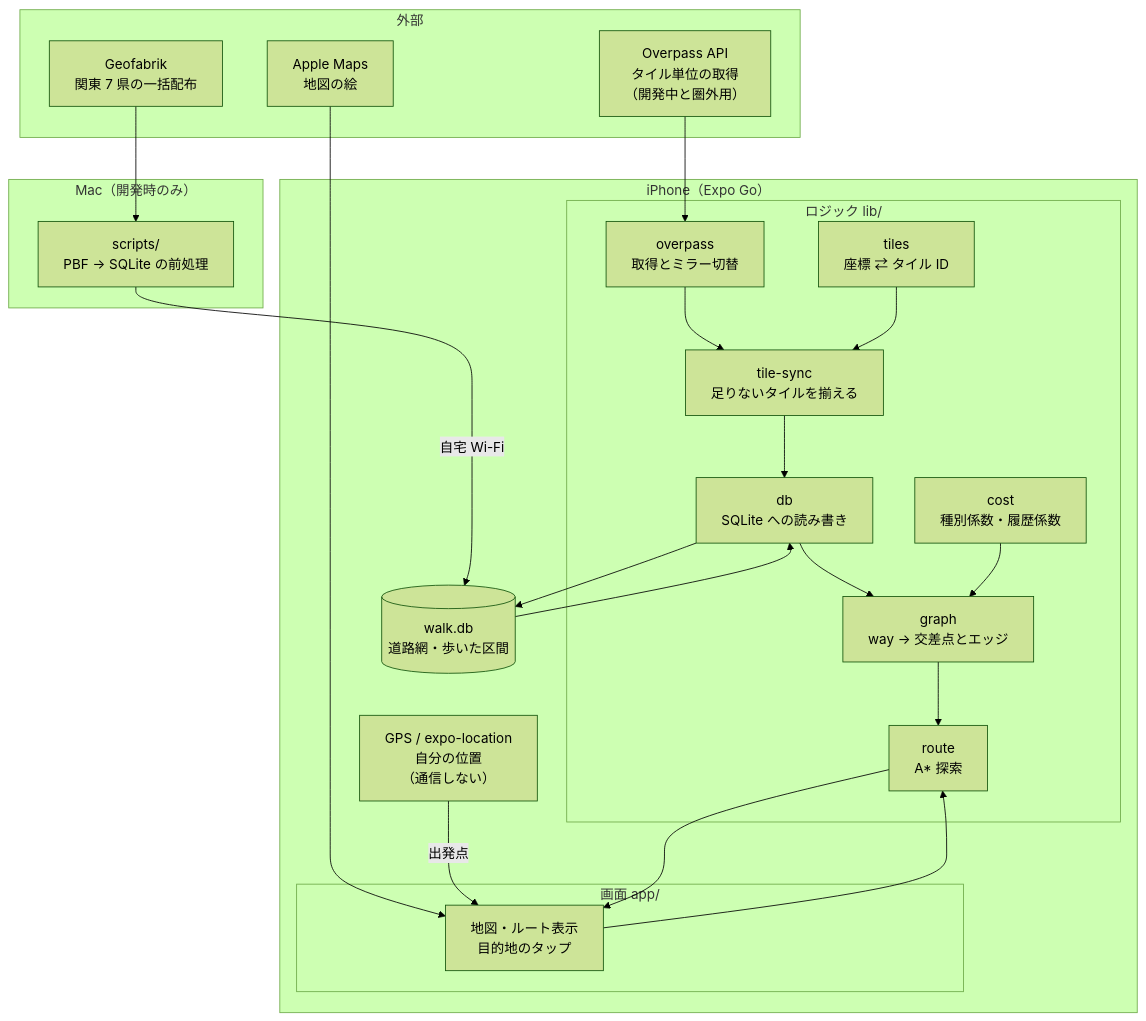
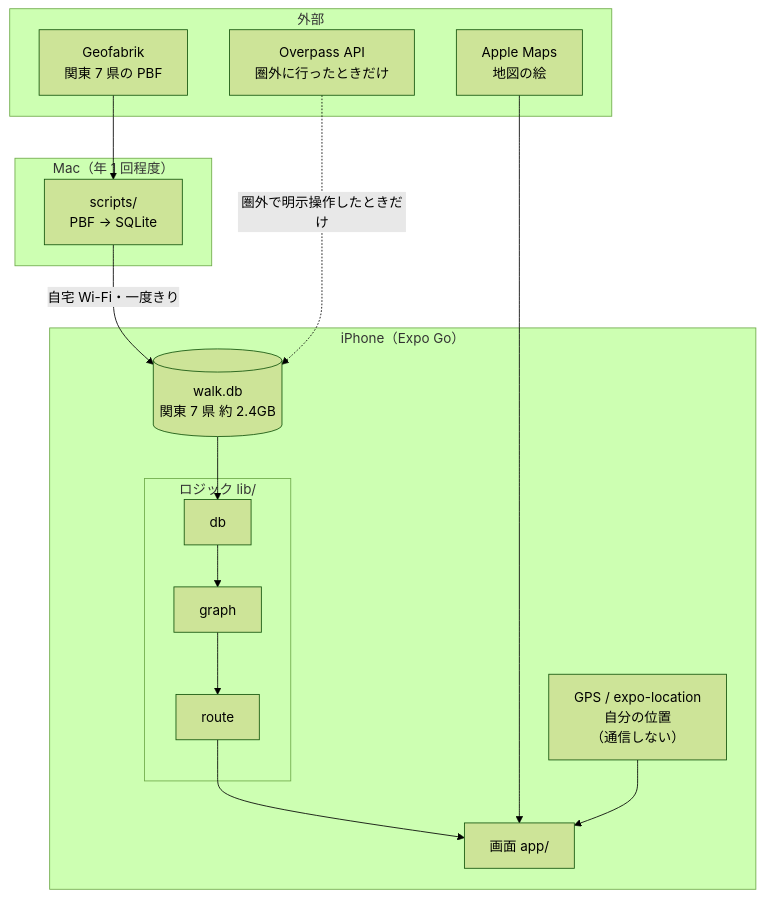
Before and after one commit to youngsend/walk-app: the second of 3 diagrams in docs/design.md, drawn with Mermaid (forest theme). The commit also changed other lines of this file, not shown here.

First line of the commit message:
構成図を開発中と実用中に分ける

````diff
--- a/docs/design.md
+++ b/docs/design.md
@@ -30,42 +62,30 @@
 ```mermaid
 flowchart TB
     subgraph outside["外部"]
-        OV["Overpass API<br/>タイル単位の取得<br/>（開発中と圏外用）"]
-        GF["Geofabrik<br/>関東 7 県の一括配布"]
+        GF["Geofabrik<br/>関東 7 県の PBF"]
         AM["Apple Maps<br/>地図の絵"]
+        OV["Overpass API<br/>圏外に行ったときだけ"]
     end
 
-    subgraph mac["Mac（開発時のみ）"]
-        PRE["scripts/<br/>PBF → SQLite の前処理"]
+    subgraph mac["Mac（年 1 回程度）"]
+        PRE["scripts/<br/>PBF → SQLite"]
     end
 
     subgraph app["iPhone（Expo Go）"]
         GPS["GPS / expo-location<br/>自分の位置<br/>（通信しない）"]
-        subgraph ui["画面 app/"]
-            SCR["地図・ルート表示<br/>目的地のタップ"]
+        SCR["画面 app/"]
+        subgraph logic["ロジック lib/"]
+            DB["db"]
+            GR["graph"]
+            RT["route"]
         end
-        subgraph logic["ロジック lib/"]
-            TS["tiles<br/>座標 ⇄ タイル ID"]
-            OP["overpass<br/>取得とミラー切替"]
-            SY["tile-sync<br/>足りないタイルを揃える"]
-            GR["graph<br/>way → 交差点とエッジ"]
-            CO["cost<br/>種別係数・履歴係数"]
-            RT["route<br/>A* 探索"]
-            DB["db<br/>SQLite への読み書き"]
-        end
-        SQL[("walk.db<br/>道路網・歩いた区間")]
+        SQL[("walk.db<br/>関東 7 県 約 2.4GB")]
     end
 
-    OV --> OP
     GF --> PRE
-    PRE -->|自宅 Wi-Fi| SQL
+    PRE -->|自宅 Wi-Fi・一度きり| SQL
+    OV -.->|圏外で明示操作したときだけ| SQL
+    SQL --> DB --> GR --> RT --> SCR
     AM --> SCR
-    GPS -->|出発点| SCR
-
-    OP --> SY --> DB --> SQL
-    SQL --> DB --> GR
-    CO --> GR
-    GR --> RT --> SCR
-    TS --> SY
-    SCR --> RT
+    GPS --> SCR
 ```
````
